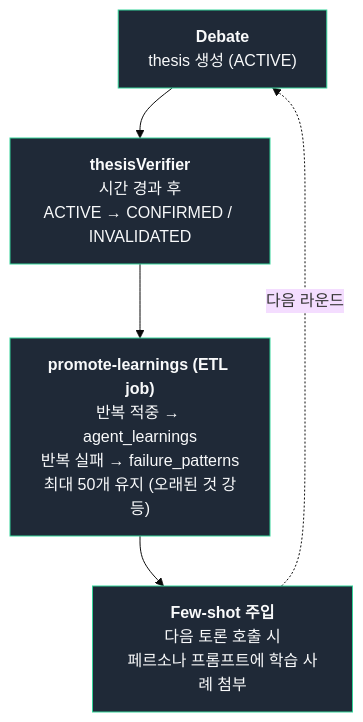
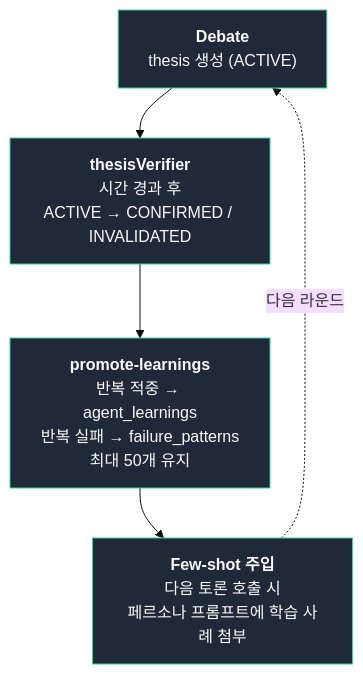
One commit to sossost/market-analyst-showcase changed the second of 4 diagrams in docs/agent-system.md. Above: the diagram before and after it, drawn with Mermaid (base theme). The commit also changed other lines of this file and 6 other files, not shown here.

````diff
--- a/docs/agent-system.md
+++ b/docs/agent-system.md
@@ -86,13 +103,13 @@
 ```mermaid
 flowchart TB
     D["<b>Debate</b><br/>thesis 생성 (ACTIVE)"]
     V["<b>thesisVerifier</b><br/>시간 경과 후<br/>ACTIVE → CONFIRMED / INVALIDATED"]
-    P["<b>promote-learnings (ETL job)</b><br/>반복 적중 → agent_learnings<br/>반복 실패 → failure_patterns<br/>최대 50개 유지 (오래된 것 강등)"]
+    P["<b>promote-learnings</b><br/>반복 적중 → agent_learnings<br/>반복 실패 → failure_patterns<br/>최대 50개 유지"]
     F["<b>Few-shot 주입</b><br/>다음 토론 호출 시<br/>페르소나 프롬프트에 학습 사례 첨부"]
 
     D --> V --> P --> F
     F -. 다음 라운드 .-> D
 
     classDef step fill:#1f2937,stroke:#34d399,color:#f9fafb
     class D,V,P,F step
 ```
````
